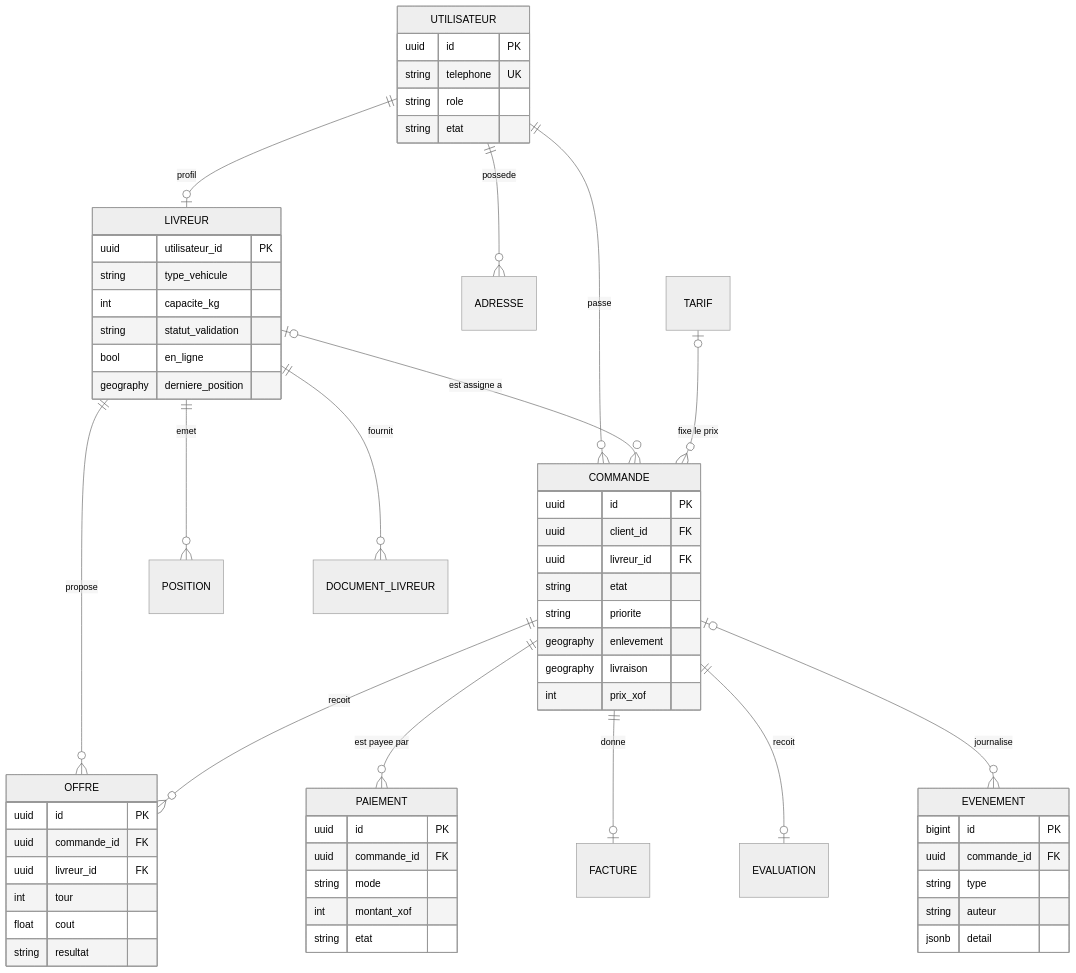
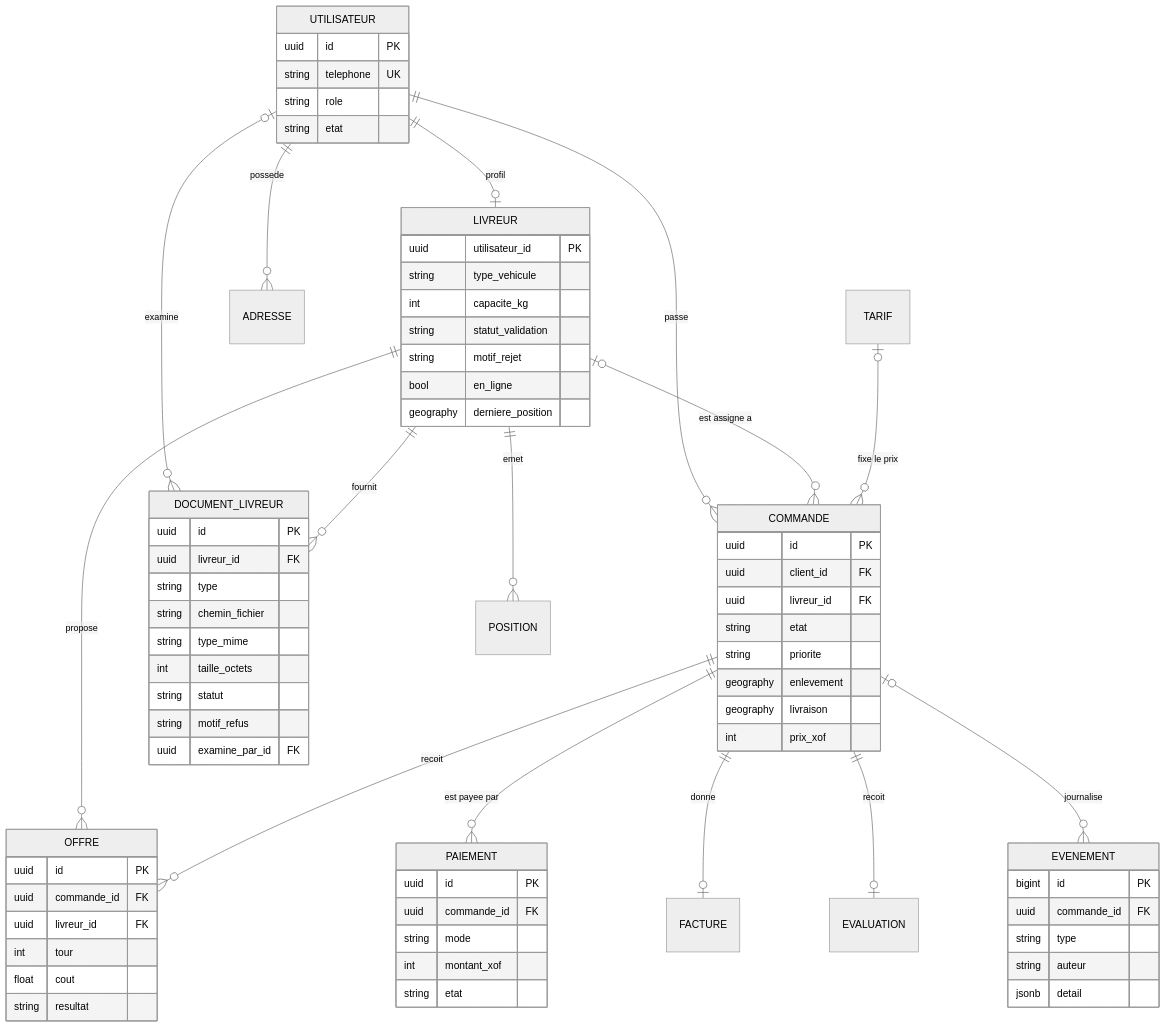
The diagram in docs/modele-donnees.md (BigYa2nick/Livraison-ProjetSMA), drawn with Mermaid (neutral theme) before and after one commit. The commit also changed other lines of this file and 132 other files, not shown here.

````diff
--- a/docs/modele-donnees.md
+++ b/docs/modele-donnees.md
@@ -8,63 +9,76 @@
 ```mermaid
 erDiagram
     UTILISATEUR ||--o| LIVREUR : "profil"
     UTILISATEUR ||--o{ ADRESSE : "possede"
     UTILISATEUR ||--o{ COMMANDE : "passe"
+    UTILISATEUR |o--o{ DOCUMENT_LIVREUR : "examine"
     LIVREUR |o--o{ COMMANDE : "est assigne a"
     LIVREUR ||--o{ POSITION : "emet"
     LIVREUR ||--o{ DOCUMENT_LIVREUR : "fournit"
     LIVREUR ||--o{ OFFRE : "propose"
     COMMANDE ||--o{ OFFRE : "recoit"
     COMMANDE ||--o{ PAIEMENT : "est payee par"
     COMMANDE ||--o| FACTURE : "donne"
     COMMANDE ||--o| EVALUATION : "recoit"
     COMMANDE |o--o{ EVENEMENT : "journalise"
     TARIF |o--o{ COMMANDE : "fixe le prix"
 
     UTILISATEUR {
         uuid id PK
         string telephone UK
         string role
         string etat
     }
     LIVREUR {
         uuid utilisateur_id PK
         string type_vehicule
         int capacite_kg
         string statut_validation
+        string motif_rejet
         bool en_ligne
         geography derniere_position
+    }
+    DOCUMENT_LIVREUR {
+        uuid id PK
+        uuid livreur_id FK
+        string type
+        string chemin_fichier
+        string type_mime
+        int taille_octets
+        string statut
+        string motif_refus
+        uuid examine_par_id FK
     }
     COMMANDE {
         uuid id PK
         uuid client_id FK
         uuid livreur_id FK
         string etat
         string priorite
         geography enlevement
         geography livraison
         int prix_xof
     }
     OFFRE {
         uuid id PK
         uuid commande_id FK
         uuid livreur_id FK
         int tour
         float cout
         string resultat
     }
     PAIEMENT {
         uuid id PK
         uuid commande_id FK
         string mode
         int montant_xof
         string etat
     }
     EVENEMENT {
         bigint id PK
         uuid commande_id FK
         string type
         string auteur
         jsonb detail
     }
 ```
````
